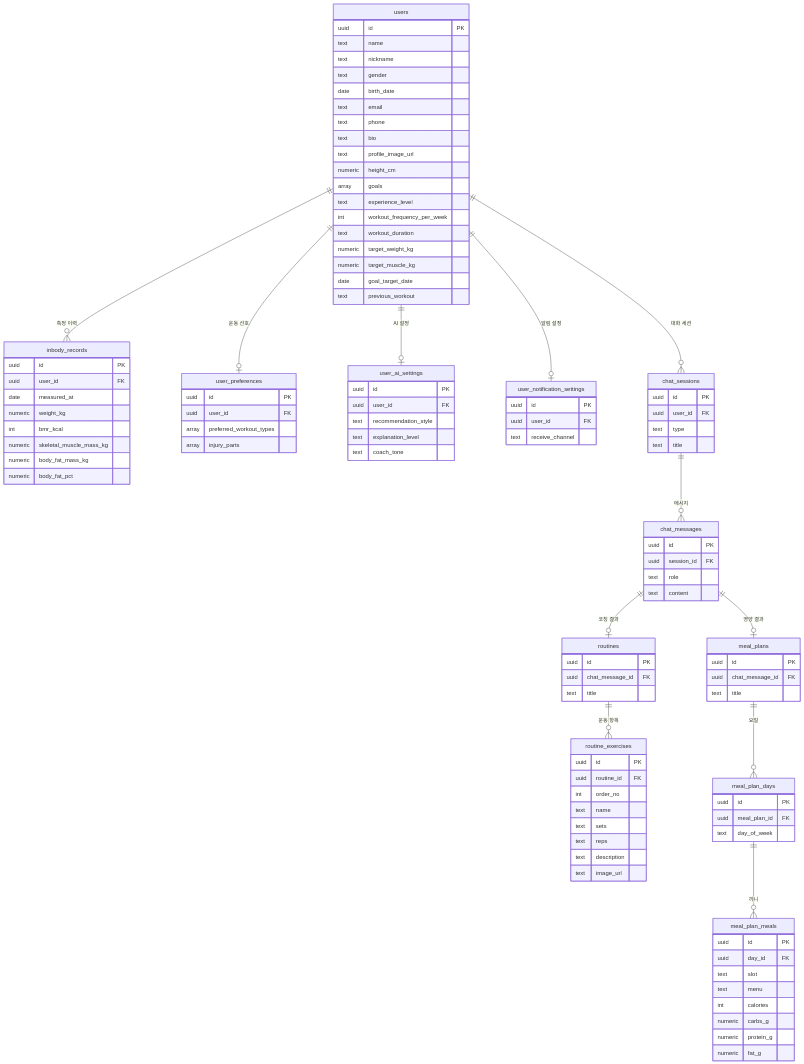
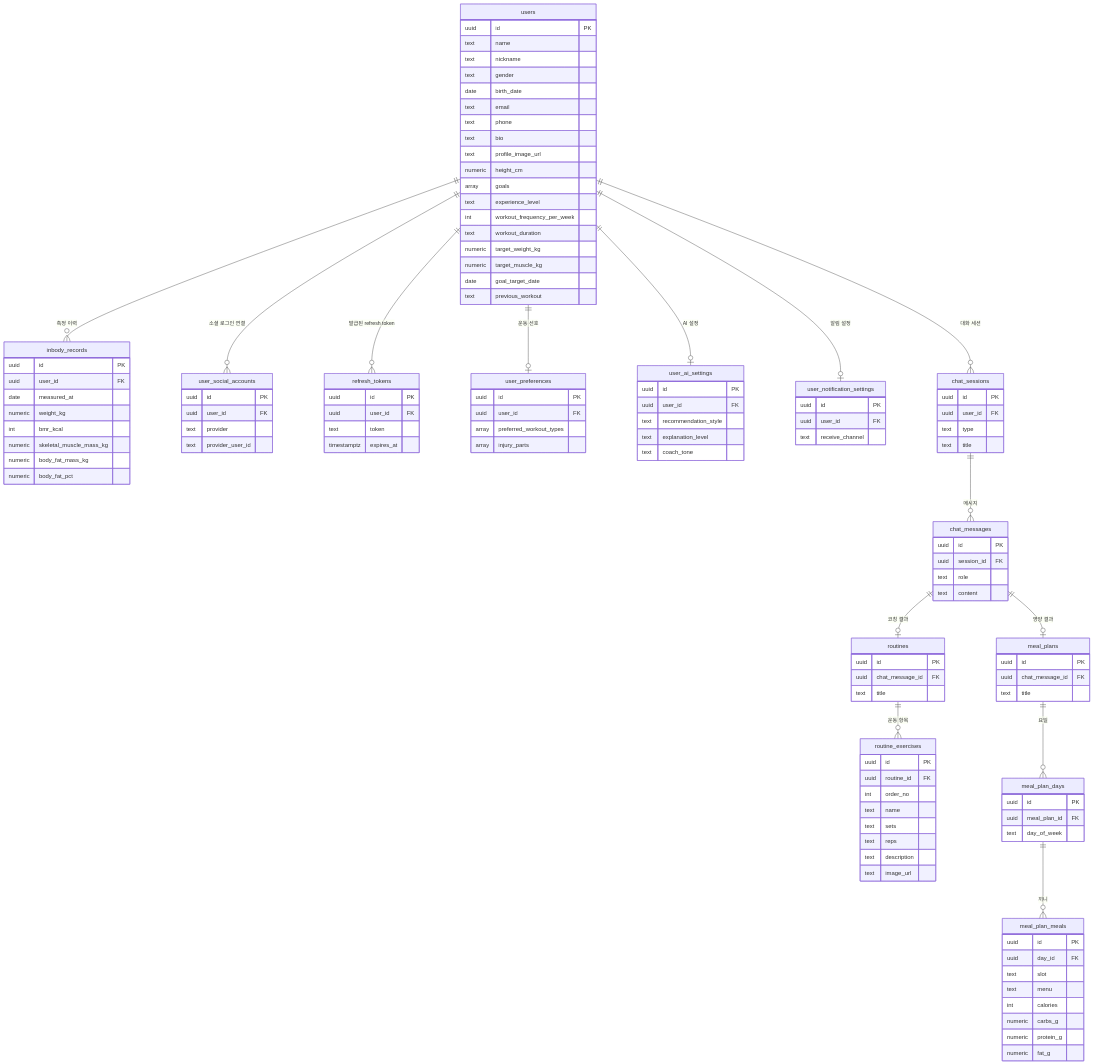
One commit to LEEMINGU03/Healthcare_BE_LEE changed the diagram in Docs/database.md. Above: the diagram before and after it, drawn with Mermaid. The commit also changed other lines of this file and 30 other files, not shown here.

````diff
--- a/Docs/database.md
+++ b/Docs/database.md
@@ -20,6 +27,8 @@
 ```mermaid
 erDiagram
     users ||--o{ inbody_records : "측정 이력"
+    users ||--o{ user_social_accounts : "소셜 로그인 연결"
+    users ||--o{ refresh_tokens : "발급된 refresh token"
     users ||--o| user_preferences : "운동 선호"
     users ||--o| user_ai_settings : "AI 설정"
     users ||--o| user_notification_settings : "알림 설정"
@@ -50,6 +59,18 @@
         numeric target_muscle_kg
         date goal_target_date
         text previous_workout
+    }
+    user_social_accounts {
+        uuid id PK
+        uuid user_id FK
+        text provider
+        text provider_user_id
+    }
+    refresh_tokens {
+        uuid id PK
+        uuid user_id FK
+        text token
+        timestamptz expires_at
     }
     inbody_records {
         uuid id PK
````
